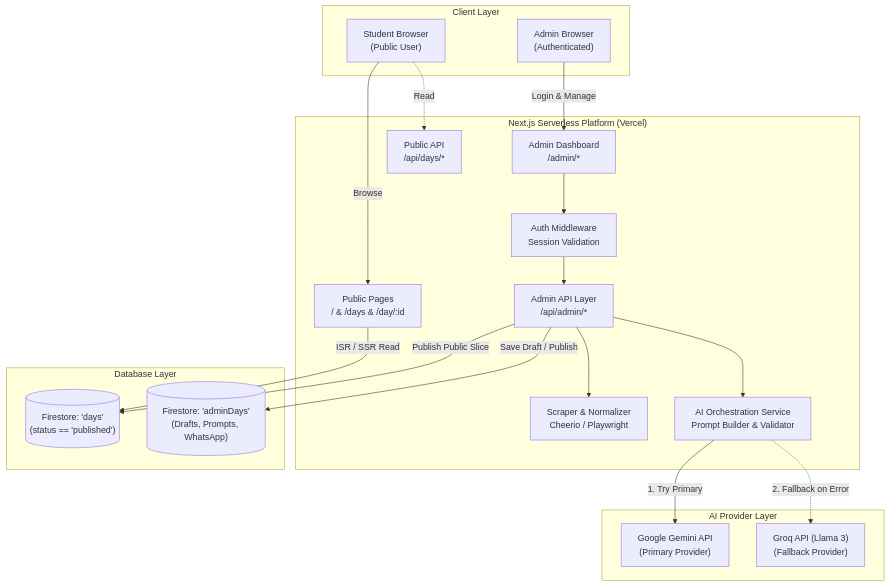
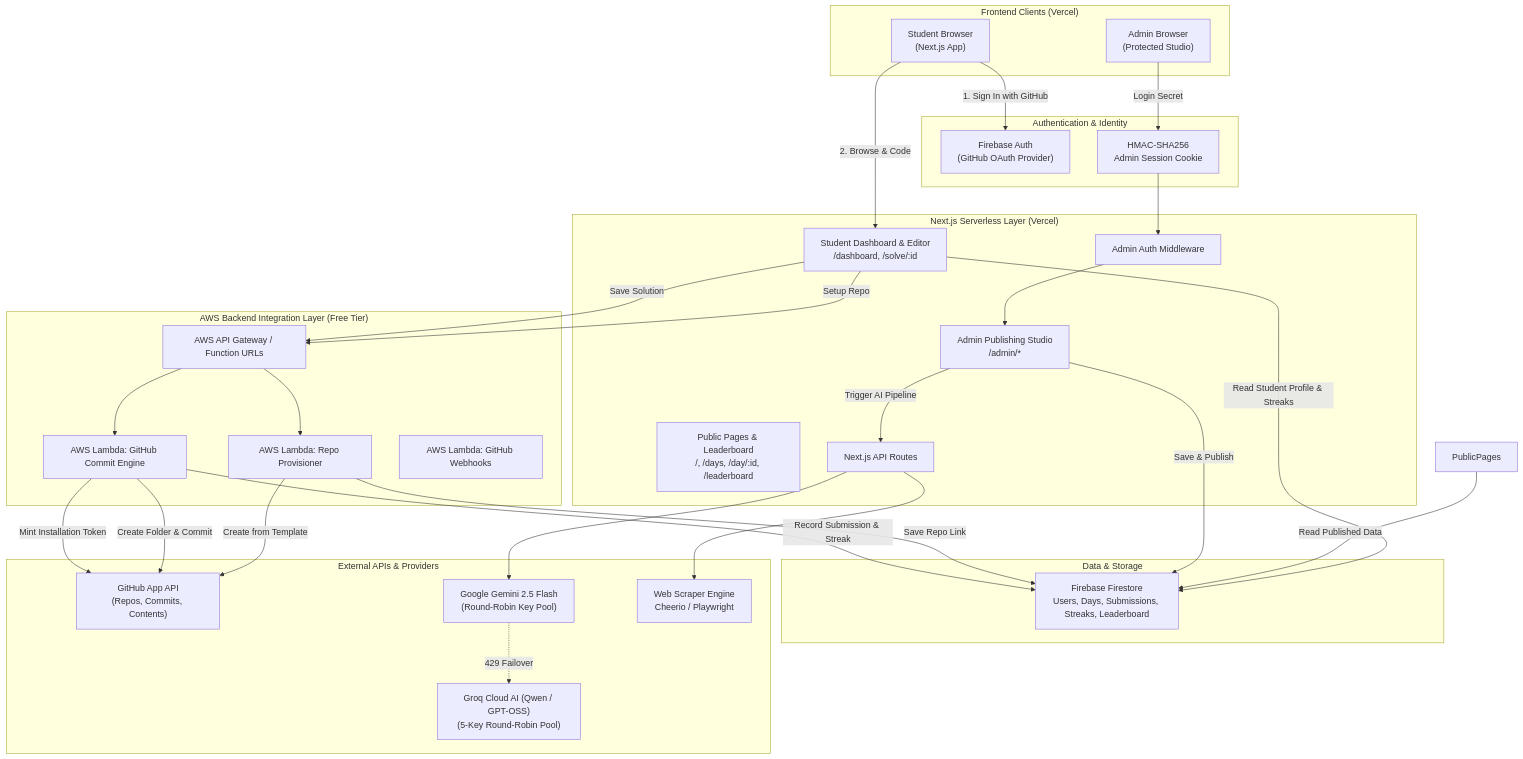
One commit to atharvabaodhankar/100_days_code changed the first of 7 diagrams in SYSTEM_DESIGN.md. Above: the diagram before and after it, drawn with Mermaid. The commit also changed other lines of this file and 12 other files, not shown here.

Commit message:
feat: implement challenge detail and leaderboard pages with integrated Firebase gamification and authentication

````diff
--- a/SYSTEM_DESIGN.md
+++ b/SYSTEM_DESIGN.md
@@ -84,45 +97,64 @@
 ```mermaid
 flowchart TD
-    subgraph Clients["Client Layer"]
-        Student["Student Browser<br/>(Public User)"]
-        Admin["Admin Browser<br/>(Authenticated)"]
+    subgraph Clients["Frontend Clients (Vercel)"]
+        Student["Student Browser<br/>(Next.js App)"]
+        Admin["Admin Browser<br/>(Protected Studio)"]
     end
 
-    subgraph NextJS["Next.js Serverless Platform (Vercel)"]
-        PublicPages["Public Pages<br/>/ & /days & /day/:id"]
-        AdminApp["Admin Dashboard<br/>/admin/*"]
-        AdminAuth["Auth Middleware<br/>Session Validation"]
-        API_Public["Public API<br/>/api/days/*"]
-        API_Admin["Admin API Layer<br/>/api/admin/*"]
-        
-        ScraperEngine["Scraper & Normalizer<br/>Cheerio / Playwright"]
-        AIService["AI Orchestration Service<br/>Prompt Builder & Validator"]
+    subgraph AuthLayer["Authentication & Identity"]
+        FirebaseAuth["Firebase Auth<br/>(GitHub OAuth Provider)"]
+        AdminSession["HMAC-SHA256<br/>Admin Session Cookie"]
     end
 
-    subgraph AI_Providers["AI Provider Layer"]
-        Gemini["Google Gemini API<br/>(Primary Provider)"]
-        Groq["Groq API (Llama 3)<br/>(Fallback Provider)"]
+    subgraph NextServer["Next.js Serverless Layer (Vercel)"]
+        PublicRoutes["Public Pages & Leaderboard<br/>/, /days, /day/:id, /leaderboard"]
+        StudentStudio["Student Dashboard & Editor<br/>/dashboard, /solve/:id"]
+        AdminStudio["Admin Publishing Studio<br/>/admin/*"]
+        AdminMiddleware["Admin Auth Middleware"]
+        PublicAPI["Next.js API Routes"]
     end
 
-    subgraph Storage["Database Layer"]
-        FirestorePublic[("Firestore: 'days'<br/>(status == 'published')")]
-        FirestoreAdmin[("Firestore: 'adminDays'<br/>(Drafts, Prompts, WhatsApp)")]
+    subgraph AWSLayer["AWS Backend Integration Layer (Free Tier)"]
+        APIGateway["AWS API Gateway / Function URLs"]
+        LambdaCommit["AWS Lambda: GitHub Commit Engine"]
+        LambdaRepo["AWS Lambda: Repo Provisioner"]
+        LambdaWebhook["AWS Lambda: GitHub Webhooks"]
     end
 
-    Student -->|Browse| PublicPages
-    PublicPages -->|ISR / SSR Read| FirestorePublic
-    Student -.->|Read| API_Public
+    subgraph DatabaseLayer["Data & Storage"]
+        Firestore["Firebase Firestore<br/>Users, Days, Submissions, Streaks, Leaderboard"]
+    end
 
-    Admin -->|Login & Manage| AdminApp
-    AdminApp --> AdminAuth
-    AdminAuth --> API_Admin
+    subgraph ExternalServices["External APIs & Providers"]
+        GitHubApp["GitHub App API<br/>(Repos, Commits, Contents)"]
+        GeminiAI["Google Gemini 2.5 Flash<br/>(Round-Robin Key Pool)"]
+        GroqAI["Groq Cloud AI (Qwen / GPT-OSS)<br/>(5-Key Round-Robin Pool)"]
+        Scraper["Web Scraper Engine<br/>Cheerio / Playwright"]
+    end
 
-    API_Admin --> ScraperEngine
-    API_Admin --> AIService
+    %% Connections
+    Student -->|1. Sign In with GitHub| FirebaseAuth
+    Student -->|2. Browse & Code| StudentStudio
+    Admin -->|Login Secret| AdminSession
+    AdminSession --> AdminMiddleware --> AdminStudio
 
-    AIService -->|1. Try Primary| Gemini
-    AIService -.->|2. Fallback on Error| Groq
+    StudentStudio -->|Save Solution| APIGateway
+    APIGateway --> LambdaCommit
+    LambdaCommit -->|Mint Installation Token| GitHubApp
+    LambdaCommit -->|Create Folder & Commit| GitHubApp
+    LambdaCommit -->|Record Submission & Streak| Firestore
 
-    API_Admin -->|Save Draft / Publish| FirestoreAdmin
-    API_Admin -->|Publish Public Slice| FirestorePublic
+    StudentStudio -->|Setup Repo| APIGateway
+    APIGateway --> LambdaRepo
+    LambdaRepo -->|Create from Template| GitHubApp
+    LambdaRepo -->|Save Repo Link| Firestore
+
+    AdminStudio -->|Trigger AI Pipeline| PublicAPI
+    PublicAPI --> Scraper
+    PublicAPI --> GeminiAI
+    GeminiAI -.->|429 Failover| GroqAI
+    AdminStudio -->|Save & Publish| Firestore
+
+    PublicPages -->|Read Published Data| Firestore
+    StudentStudio -->|Read Student Profile & Streaks| Firestore
 ```
````
